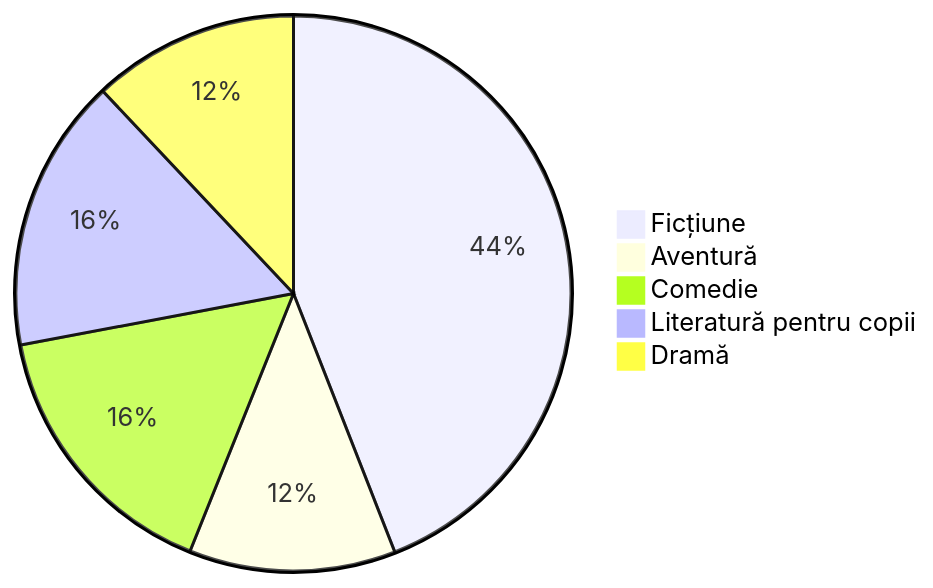
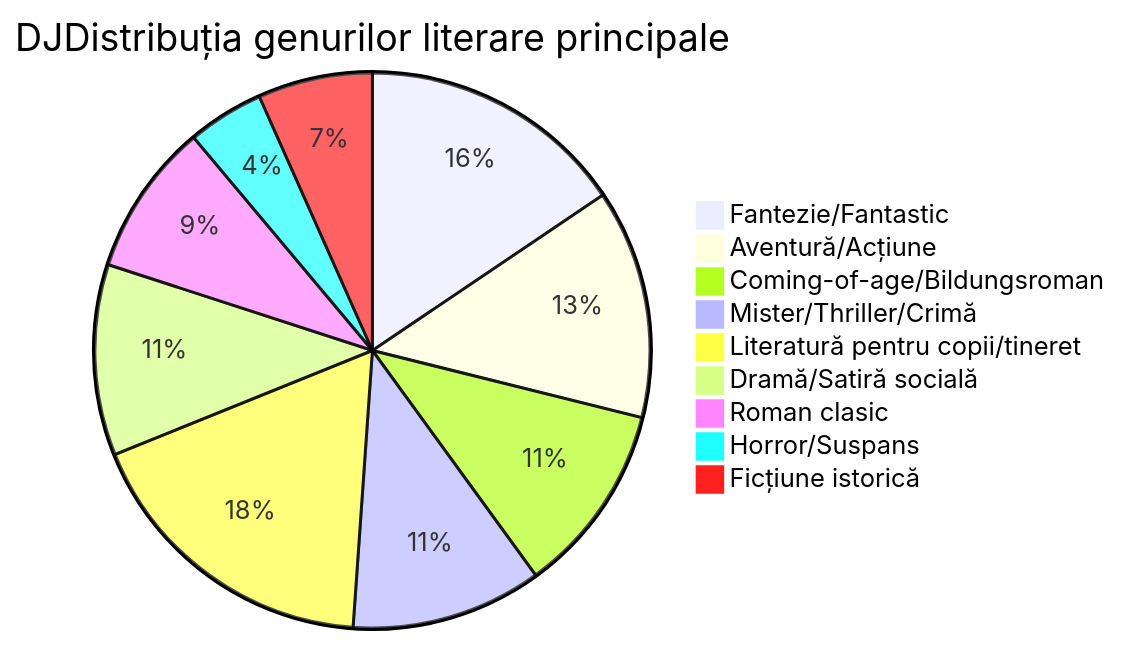
One commit to ChaCha20Poly1305/homework changed the diagram in lslr-11-2024.md. Above: the diagram before and after it, drawn with Mermaid. The commit also changed other lines of this file, not shown here.

````diff
--- a/lslr-11-2024.md
+++ b/lslr-11-2024.md
@@ -20,8 +42,13 @@
 ```mermaid
 pie
-    "Ficțiune" : 164.9
-    "Aventură" : 45
-    "Comedie" : 59.7
-    "Literatură pentru copii" : 59.7
-    "Dramă" : 45
+    title DJDistribuția genurilor literare principale
+    "Fantezie/Fantastic" : 7
+    "Aventură/Acțiune" : 6
+    "Coming-of-age/Bildungsroman" : 5
+    "Mister/Thriller/Crimă" : 5
+    "Literatură pentru copii/tineret" : 8
+    "Dramă/Satiră socială" : 5
+    "Roman clasic" : 4
+    "Horror/Suspans" : 2
+    "Ficțiune istorică" : 3
 ```
````
